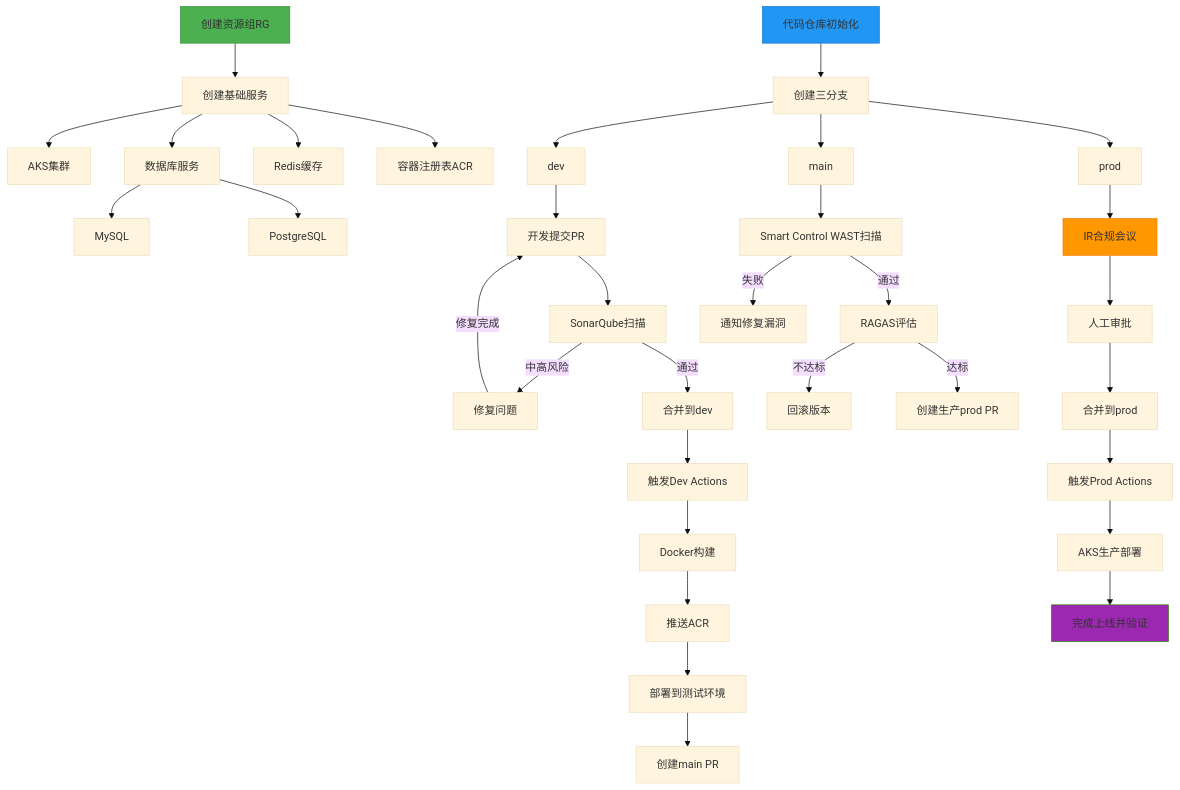
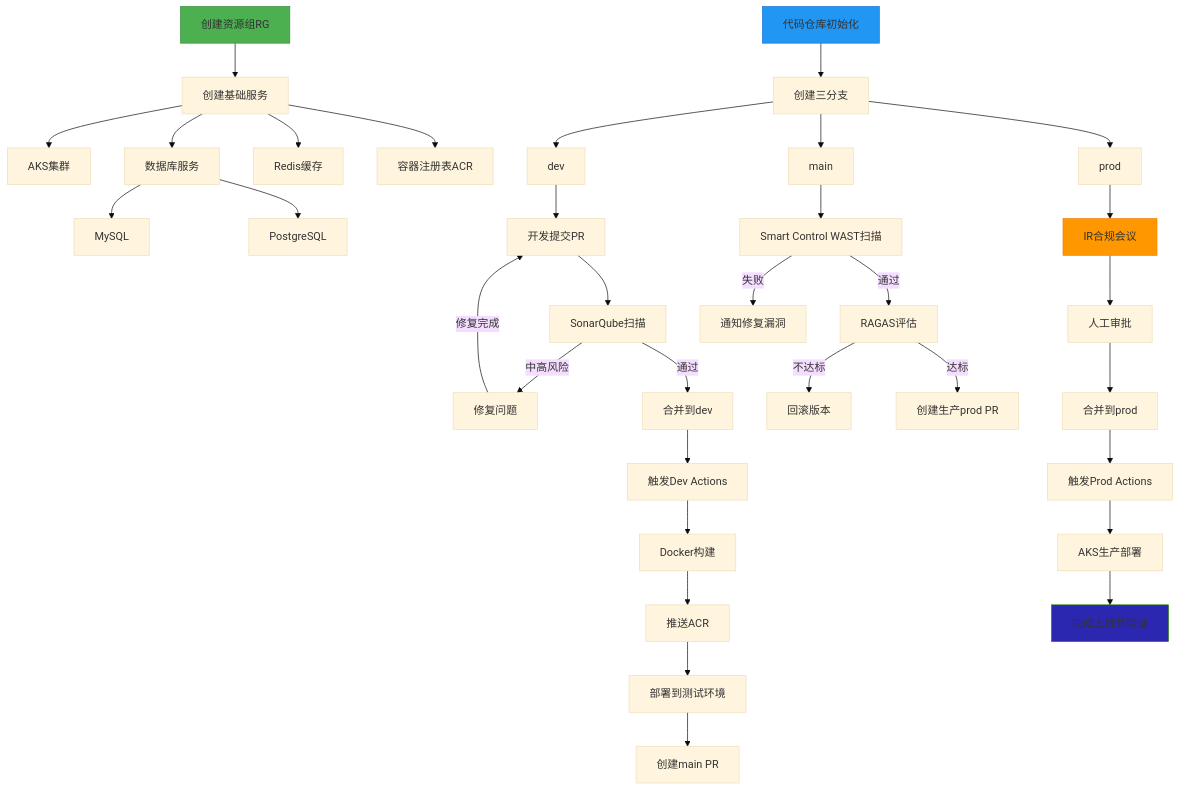
The diagram in all/未命名-1.md (funnyData/iodraw-files), drawn with Mermaid (base theme) before and after one commit.

Commit message:
2025-02-27 09:24:05 update

````diff
--- a/all/未命名-1.md
+++ b/all/未命名-1.md
@@ -1,61 +1,61 @@
 ```mermaid
 graph TD
     A[创建资源组RG] --> B[创建基础服务]
     B --> C[AKS集群]
     B --> D[数据库服务]
     D --> DA[MySQL]
     D --> DB[PostgreSQL]
     B --> E[Redis缓存]
     B --> F[容器注册表ACR]
     
     G[代码仓库初始化] --> H[创建三分支]
     H --> I[dev]
     H --> J[main]
     H --> K[prod]
     K --> W[IR合规会议]
     J --> T[Smart Control WAST扫描]
     
     I --> L[开发提交PR]
     L --> M[SonarQube扫描]
     M -->|中高风险| N[修复问题]
     N -->|修复完成|L
     M -->|通过| O[合并到dev]
     
     O --> P[触发Dev Actions]
     P --> Q[Docker构建]
     Q --> R[推送ACR]
     R --> S[部署到测试环境]
     S --> SA[创建main PR]
     %% S -->V[创建生产PR]
 
     
     %% S --> T[Smart Control WAST扫描]
     %% T -->|失败| U[通知修复]
 
     
     %% T -->|通过| V[创建生产PR]
     T--> |通过|AD[RAGAS评估]
     AD -->|不达标| AE[回滚版本]
     AD -->|达标| AF[创建生产prod PR]
     T -->|失败| U[通知修复漏洞]
     
     %% V --> W[IR合规会议]
     W --> X[人工审批]
     X --> Y[合并到prod]
     
     Y --> Z[触发Prod Actions]
     Z --> AC[AKS生产部署]
     AC --> ZA[完成上线并验证]
     %% Z --> AA[安全扫描]
     %% AA -->|高风险| AB[终止部署]
     %% AA -->|通过| AC[AKS生产部署]
     
     %% AC --> AD[RAGAS评估]
     %% AD -->|不达标| AE[回滚版本]
     %% AD -->|达标| AF[完成上线]
     
     style A fill:#4CAF50,stroke:#388E3C
     style G fill:#2196F3,stroke:#1976D2
     style W fill:#FF9800,stroke:#F57C00
-    style ZA fill:#9C27B0,stroke:#2B7F00
+    style ZA fill:#2B27B0,stroke:#2B7F00
 ```
````
